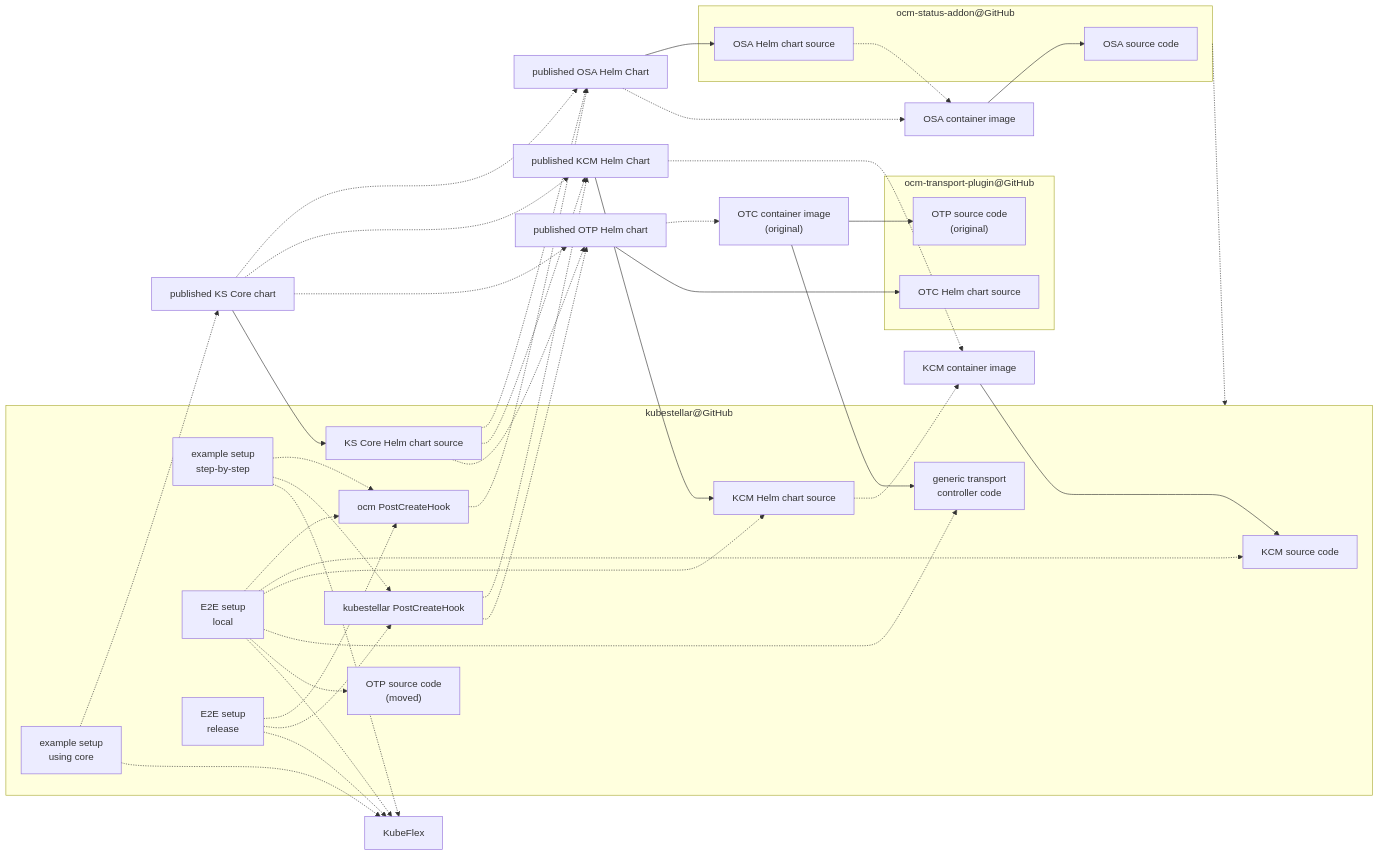
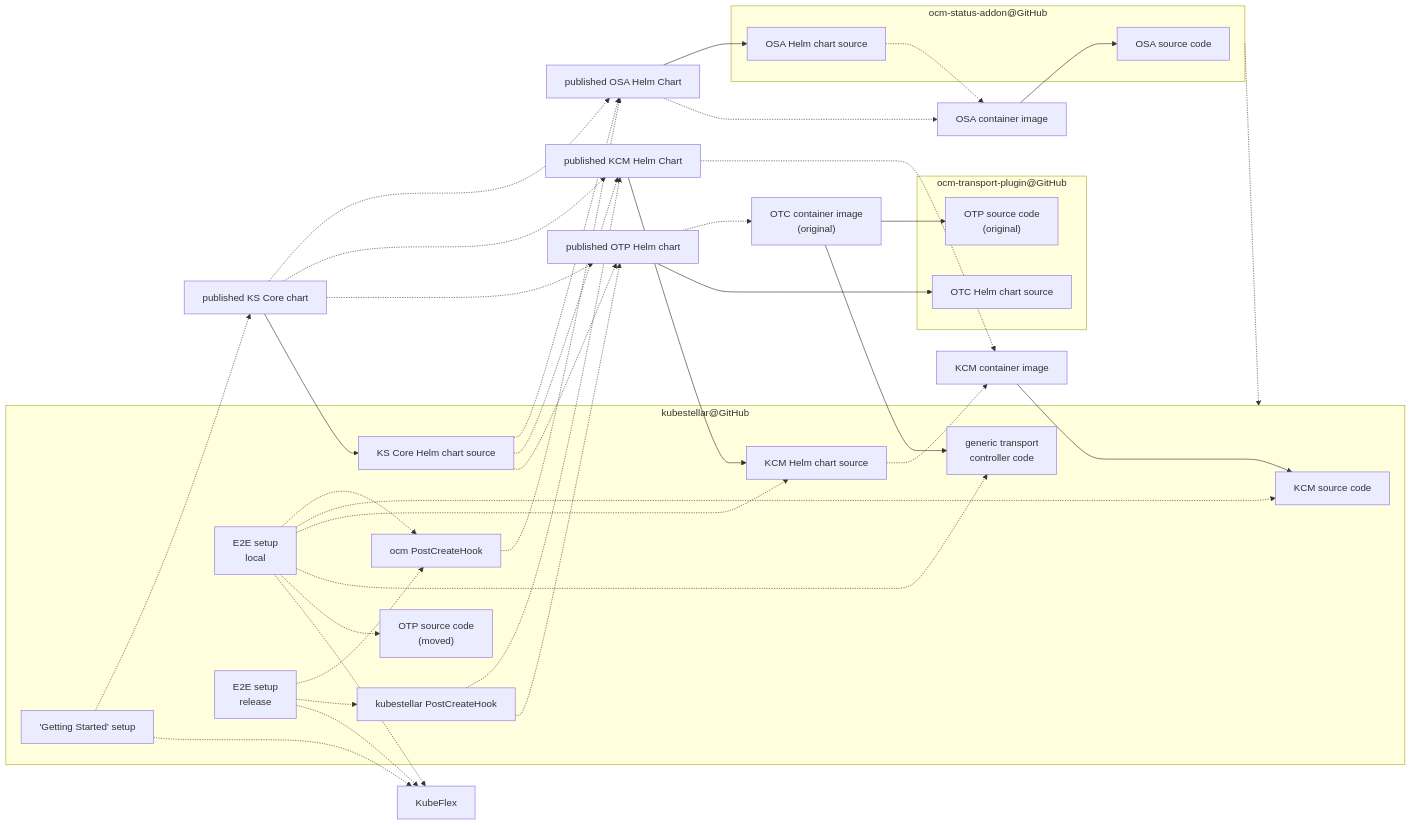
Before and after one commit to kubestellar/kubestellar: the fifth of 5 diagrams in docs/content/direct/packaging.md, drawn with Mermaid. The commit also changed other lines of this file, not shown here.

Commit message:
Track 'Getting Started' changes into packaging.md

````diff
--- a/docs/content/direct/packaging.md
+++ b/docs/content/direct/packaging.md
@@ -345,61 +338,57 @@
 ```mermaid
 flowchart LR
     subgraph otp_repo["ocm-transport-plugin@GitHub"]
     otp_code_ur["OTP source code<br>(original)"]
     otp_hc_src[OTC Helm chart source]
     end
     subgraph osa_repo["ocm-status-addon@GitHub"]
     osa_code[OSA source code]
     osa_hc_src[OSA Helm chart source]
     end
     osa_ctr_image[OSA container image] --> osa_code
     osa_hc_repo[published OSA Helm Chart] --> osa_hc_src
     osa_hc_src -.-> osa_ctr_image
     osa_hc_repo -.-> osa_ctr_image
     subgraph ks_repo["kubestellar@GitHub"]
     kcm_code[KCM source code]
     gtc_code["generic transport<br>controller code"]
     otp_code["OTP source code<br>(moved)"]
     kcm_hc_src[KCM Helm chart source]
     ksc_hc_src[KS Core Helm chart source]
     ks_pch[kubestellar PostCreateHook]
     ocm_pch["ocm PostCreateHook"]
-    setup_ksc["example setup<br>using core"]
-    setup_steps["example setup<br>step-by-step"]
+    setup_ksc["'Getting Started' setup"]
     e2e_local["E2E setup<br>local"]
     e2e_release["E2E setup<br>release"]
     end
     osa_repo -.-> ks_repo
     ocm_pch -.-> osa_hc_repo
     kcm_ctr_image[KCM container image] --> kcm_code
     kcm_hc_repo[published KCM Helm Chart] --> kcm_hc_src
     kcm_hc_src -.-> kcm_ctr_image
     kcm_hc_repo -.-> kcm_ctr_image
     ks_pch -.-> kcm_hc_repo
     ks_pch -.-> otp_hc_repo[published OTP Helm chart]
     otp_hc_repo -.-> otc_ctr_image_ur["OTC container image<br>(original)"]
     otp_hc_repo --> otp_hc_src
     otc_ctr_image_ur --> gtc_code
     otc_ctr_image_ur --> otp_code_ur
     ksc_hc_repo[published KS Core chart] --> ksc_hc_src
     ksc_hc_src -.-> osa_hc_repo
     ksc_hc_src -.-> kcm_hc_repo
     ksc_hc_src -.-> otp_hc_repo
     ksc_hc_repo -.-> osa_hc_repo
     ksc_hc_repo -.-> kcm_hc_repo
     ksc_hc_repo -.-> otp_hc_repo
-    setup_steps -.-> ocm_pch
-    setup_steps -.-> ks_pch
-    setup_steps -.-> KubeFlex
     setup_ksc -.-> ksc_hc_repo
     setup_ksc -.-> KubeFlex
     e2e_local -.-> ocm_pch
     e2e_local -.-> kcm_code
     e2e_local -.-> kcm_hc_src
     e2e_local -.-> gtc_code
     e2e_local -.-> otp_code
     e2e_local -.-> KubeFlex
     e2e_release -.-> ocm_pch
     e2e_release -.-> ks_pch
     e2e_release -.-> KubeFlex
 ```
````
